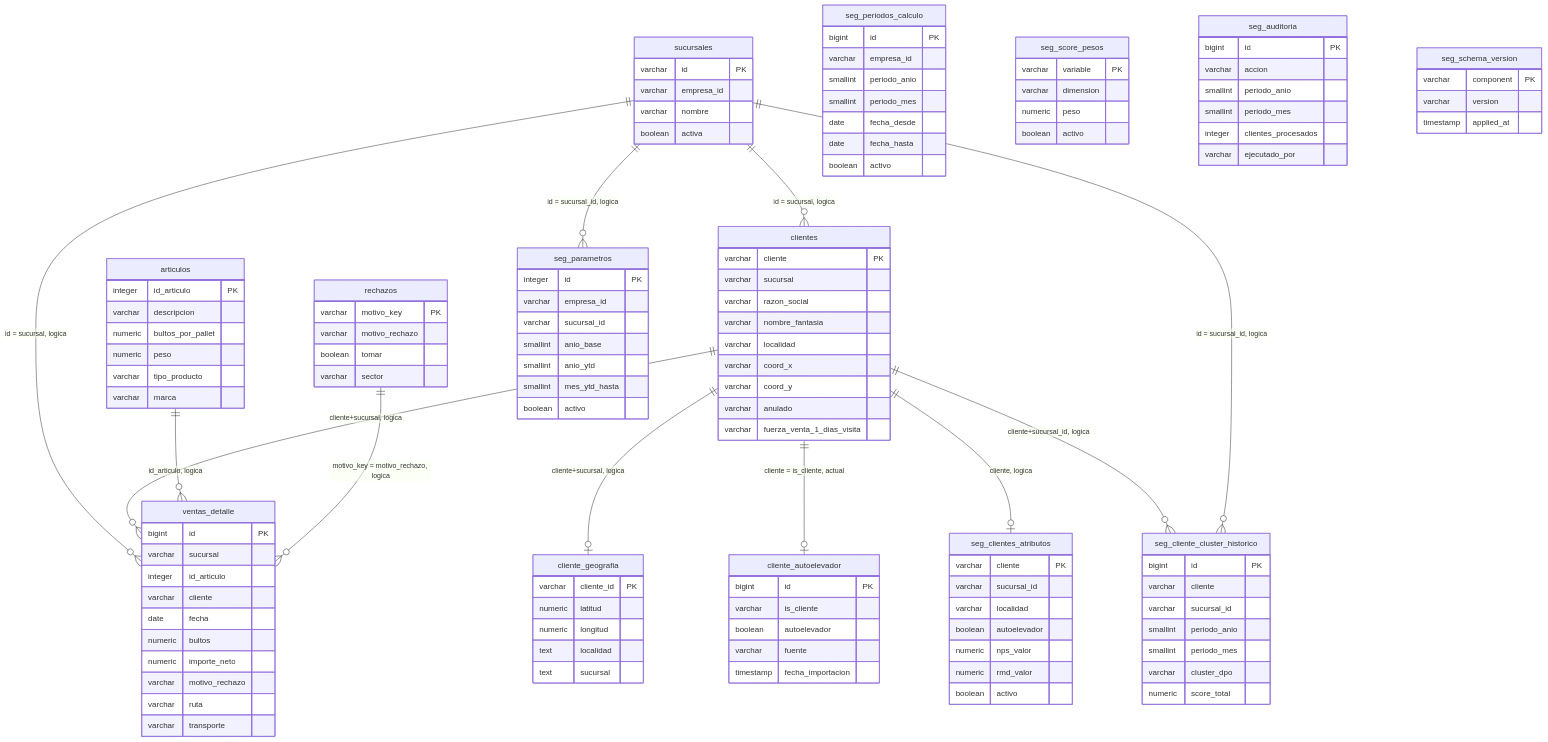
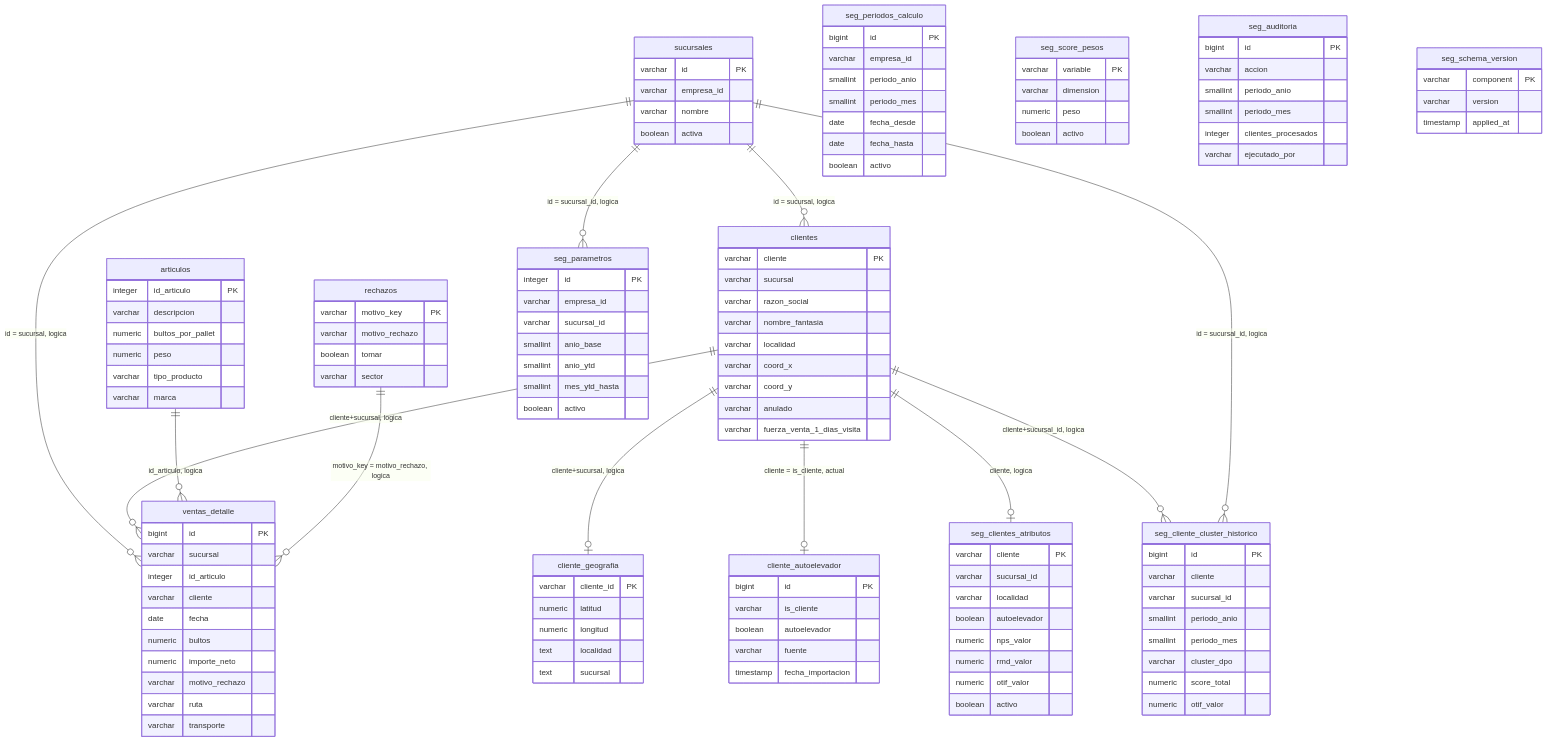
The second of 8 diagrams in docs/ERD_base_datos.md (horamda/diasPico), drawn with Mermaid before and after one commit. The commit also changed 37 other files, not shown here.

```diff
--- a/docs/ERD_base_datos.md
+++ b/docs/ERD_base_datos.md
@@ -153,6 +153,7 @@
         boolean autoelevador
         numeric nps_valor
         numeric rmd_valor
+        numeric otif_valor
         boolean activo
     }
 
@@ -191,6 +192,7 @@
         smallint periodo_mes
         varchar cluster_dpo
         numeric score_total
+        numeric otif_valor
     }
 
     seg_auditoria {
```
